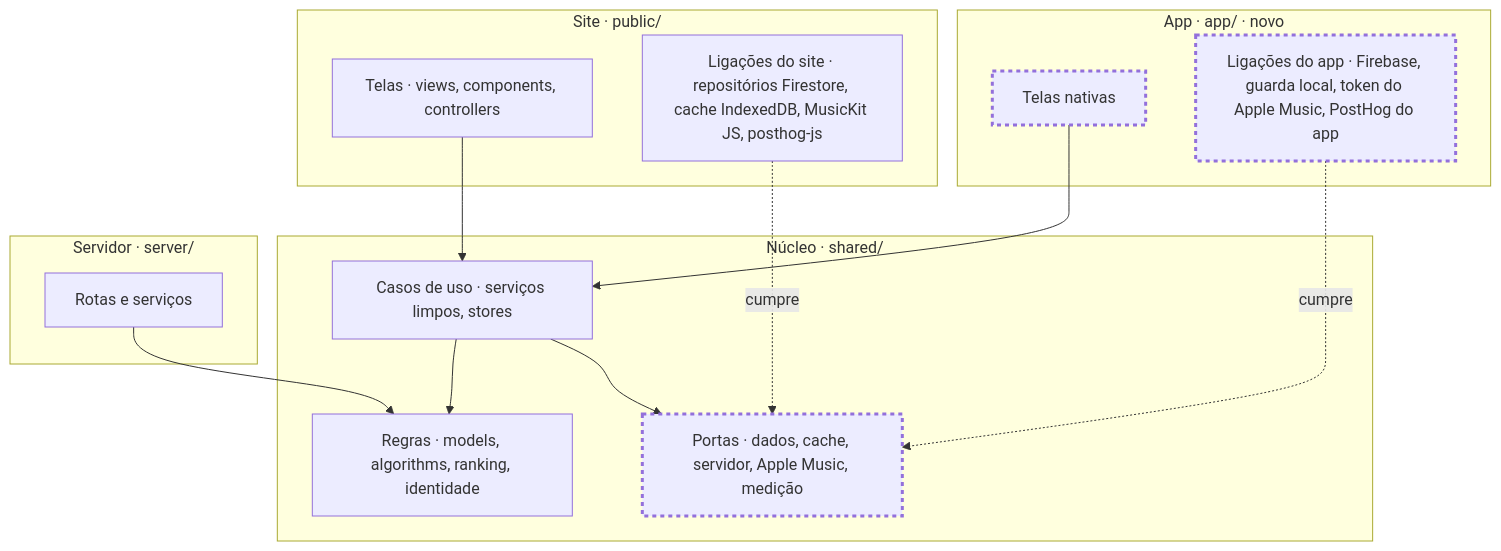
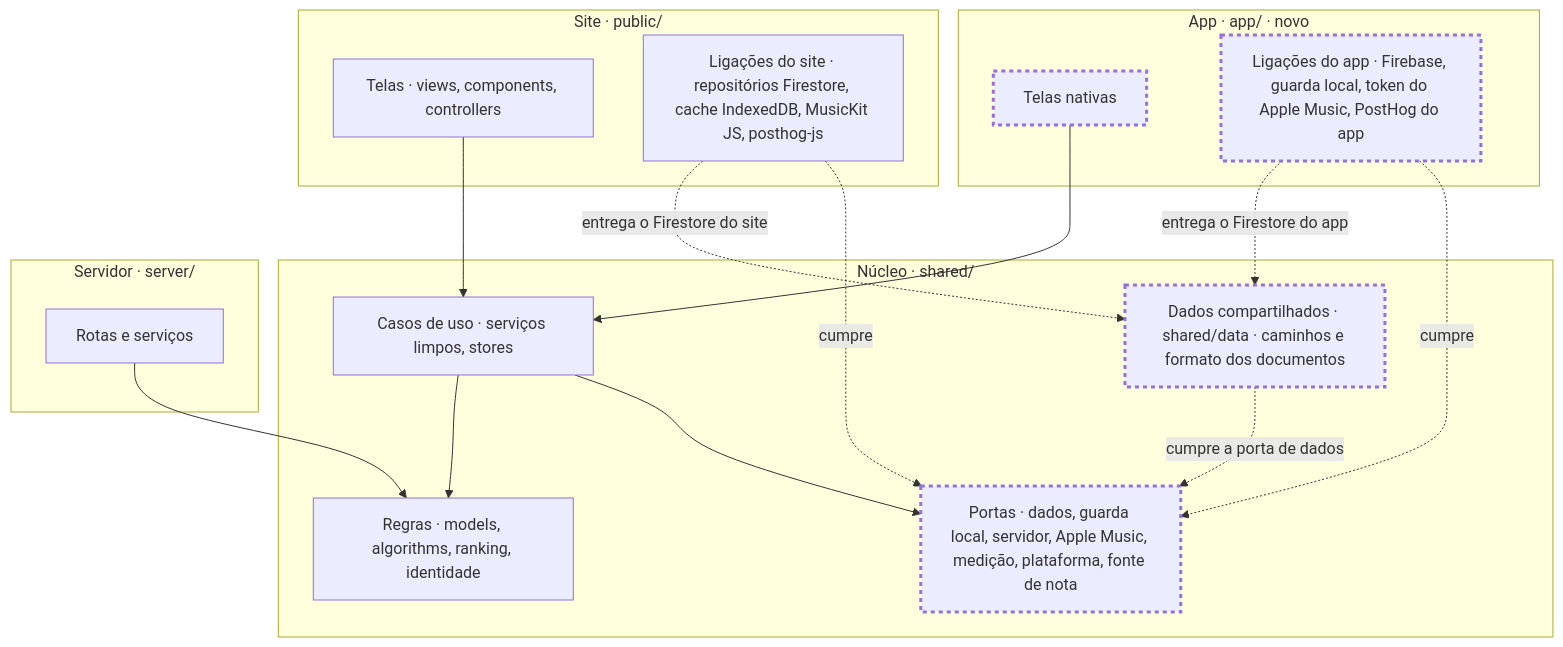
Before and after one commit to maujrp99/MJRP_AlbumsBalancedPlaylists_v0: the second of 8 diagrams in design/proposals/f78-app-architecture/architecture-proposal.md, drawn with Mermaid. The commit also changed other lines of this file and 3 other files, not shown here.

````diff
--- a/design/proposals/f78-app-architecture/architecture-proposal.md
+++ b/design/proposals/f78-app-architecture/architecture-proposal.md
@@ -151,27 +168,31 @@
 ```mermaid
 flowchart TB
   subgraph Site [Site · public/]
     stelas[Telas · views, components, controllers]
     slig[Ligações do site · repositórios Firestore, cache IndexedDB, MusicKit JS, posthog-js]
   end
   subgraph App [App · app/ · novo]
     atelas[Telas nativas]:::novo
     alig[Ligações do app · Firebase, guarda local, token do Apple Music, PostHog do app]:::novo
   end
   subgraph Nucleo [Núcleo · shared/]
     regras[Regras · models, algorithms, ranking, identidade]
     casos[Casos de uso · serviços limpos, stores]
-    portas[Portas · dados, cache, servidor, Apple Music, medição]:::novo
+    portas[Portas · dados, guarda local, servidor, Apple Music, medição, plataforma, fonte de nota]:::novo
+    dados[Dados compartilhados · shared/data · caminhos e formato dos documentos]:::novo
   end
   subgraph Servidor [Servidor · server/]
     rotas[Rotas e serviços]
   end
   stelas --> casos
   atelas --> casos
   casos --> regras
   casos --> portas
+  dados -. cumpre a porta de dados .-> portas
+  slig -. entrega o Firestore do site .-> dados
+  alig -. entrega o Firestore do app .-> dados
   slig -. cumpre .-> portas
   alig -. cumpre .-> portas
   rotas --> regras
   classDef novo stroke-width:3px,stroke-dasharray:4
 ```
````
